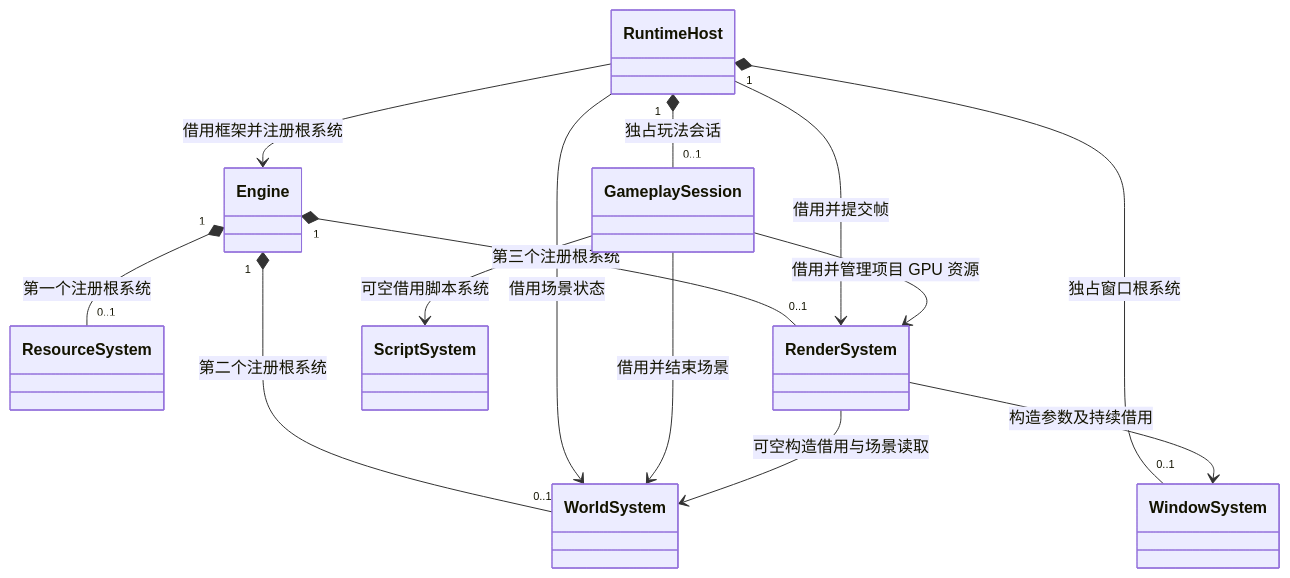
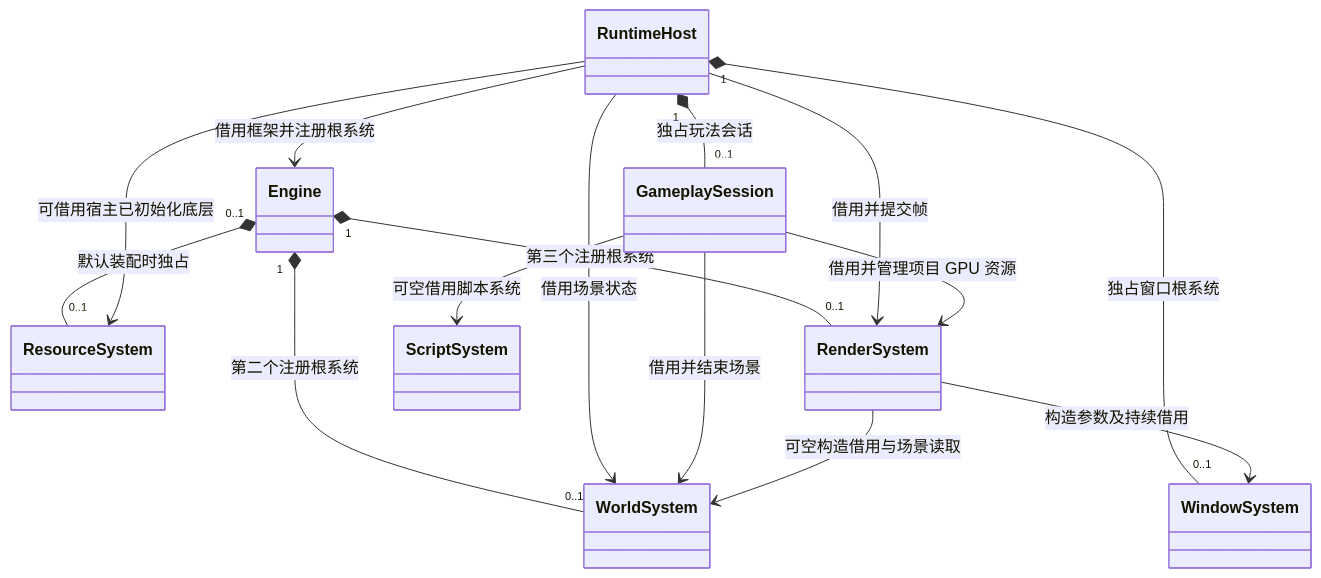
The third of 27 diagrams in docs/class-diagrams/references.md (lcals/Engine), drawn with Mermaid before and after one commit. The commit also changed other lines of this file and 194 other files, not shown here.

````diff
--- a/docs/class-diagrams/references.md
+++ b/docs/class-diagrams/references.md
@@ -67,25 +70,26 @@
 ```mermaid
 classDiagram
     direction TB
     class Engine
     class WindowSystem
     class ResourceSystem
     class WorldSystem
     class RenderSystem
     class ScriptSystem
     class RuntimeHost
     class GameplaySession
     RuntimeHost --> Engine : 借用框架并注册根系统
     RuntimeHost "1" *-- "0..1" WindowSystem : 独占窗口根系统
     RuntimeHost "1" *-- "0..1" GameplaySession : 独占玩法会话
-    Engine "1" *-- "0..1" ResourceSystem : 第一个注册根系统
+    Engine "0..1" *-- "0..1" ResourceSystem : 默认装配时独占
+    RuntimeHost --> ResourceSystem : 可借用宿主已初始化底层
     Engine "1" *-- "0..1" WorldSystem : 第二个注册根系统
     Engine "1" *-- "0..1" RenderSystem : 第三个注册根系统
     RuntimeHost --> RenderSystem : 借用并提交帧
     RuntimeHost --> WorldSystem : 借用场景状态
     GameplaySession --> ScriptSystem : 可空借用脚本系统
     GameplaySession --> WorldSystem : 借用并结束场景
     GameplaySession --> RenderSystem : 借用并管理项目 GPU 资源
     RenderSystem --> WindowSystem : 构造参数及持续借用
     RenderSystem --> WorldSystem : 可空构造借用与场景读取
 ```
````
